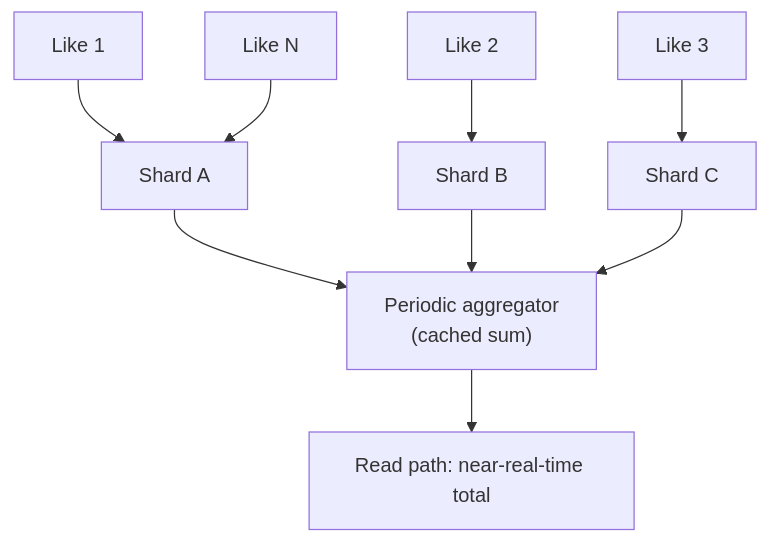
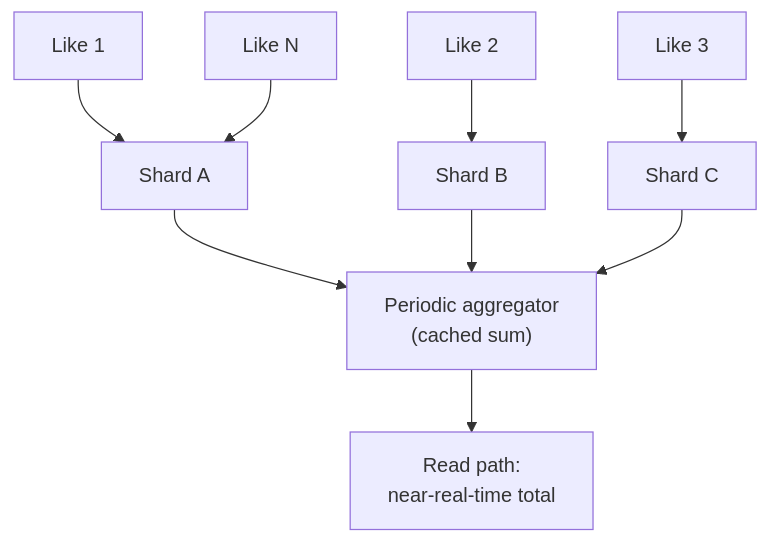
One commit to riyaz-pasha/Learnings changed the tenth of 16 diagrams in system-design/HLD/0-course/31-Design Twitter-FAANG-Guide-story.md. Above: the diagram before and after it, drawn with Mermaid. The commit also changed other lines of this file and 1 other file, not shown here.

Commit message:
[REWRITE] Design Twitter story guide: simplify prose, add structure, fix diagrams

````diff
--- a/system-design/HLD/0-course/31-Design Twitter-FAANG-Guide-story.md
+++ b/system-design/HLD/0-course/31-Design Twitter-FAANG-Guide-story.md
@@ -215,11 +408,11 @@
 ```mermaid
 flowchart TD
     L1["Like 1"] --> S1["Shard A"]
     L2["Like 2"] --> S2["Shard B"]
     L3["Like 3"] --> S3["Shard C"]
     L4["Like N"] --> S1
-    S1 --> AGG["Periodic aggregator\n(cached sum)"]
+    S1 --> AGG["Periodic aggregator<br/>(cached sum)"]
     S2 --> AGG
     S3 --> AGG
-    AGG --> READ["Read path: near-real-time total"]
+    AGG --> READ["Read path:<br/>near-real-time total"]
 ```
````
